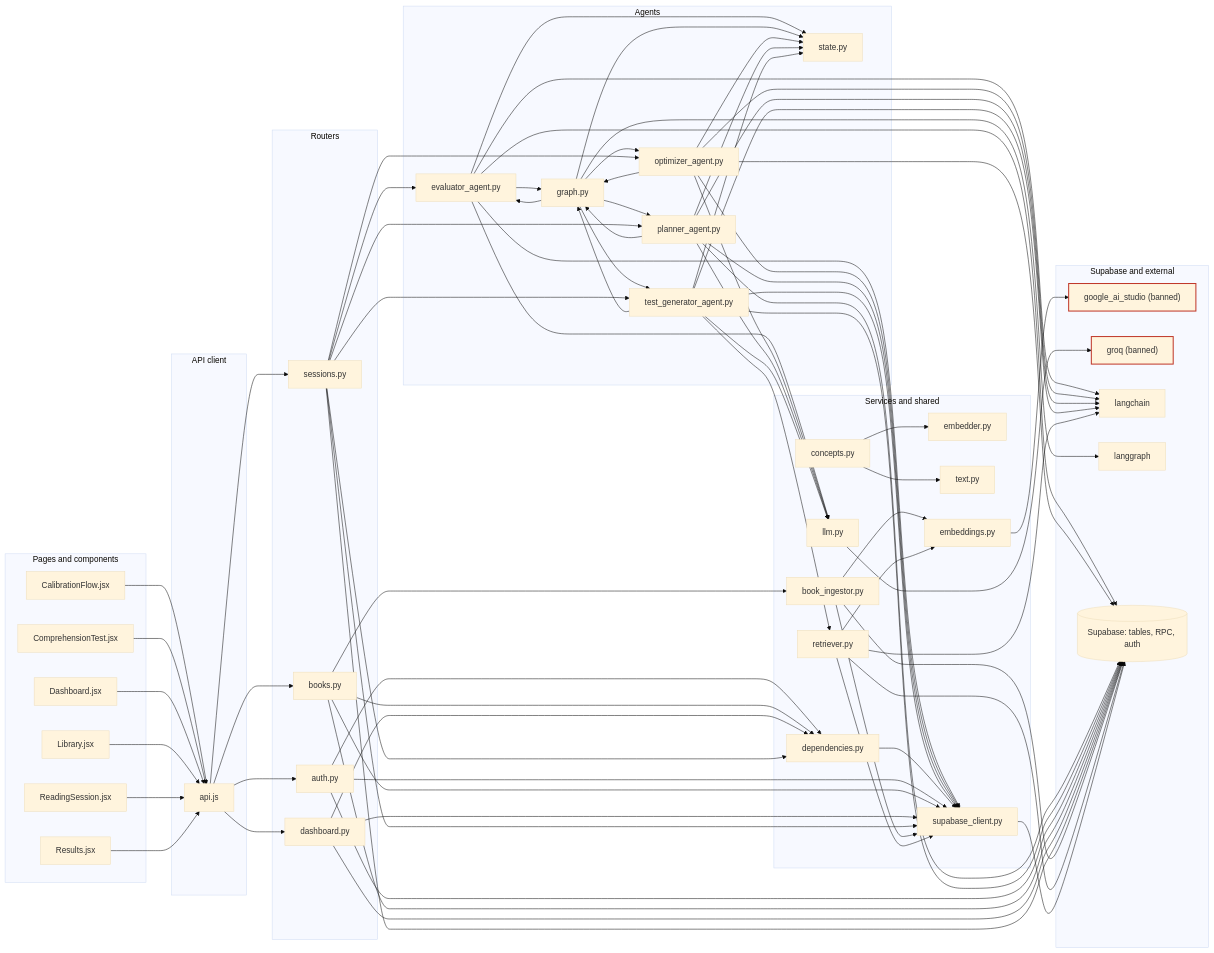
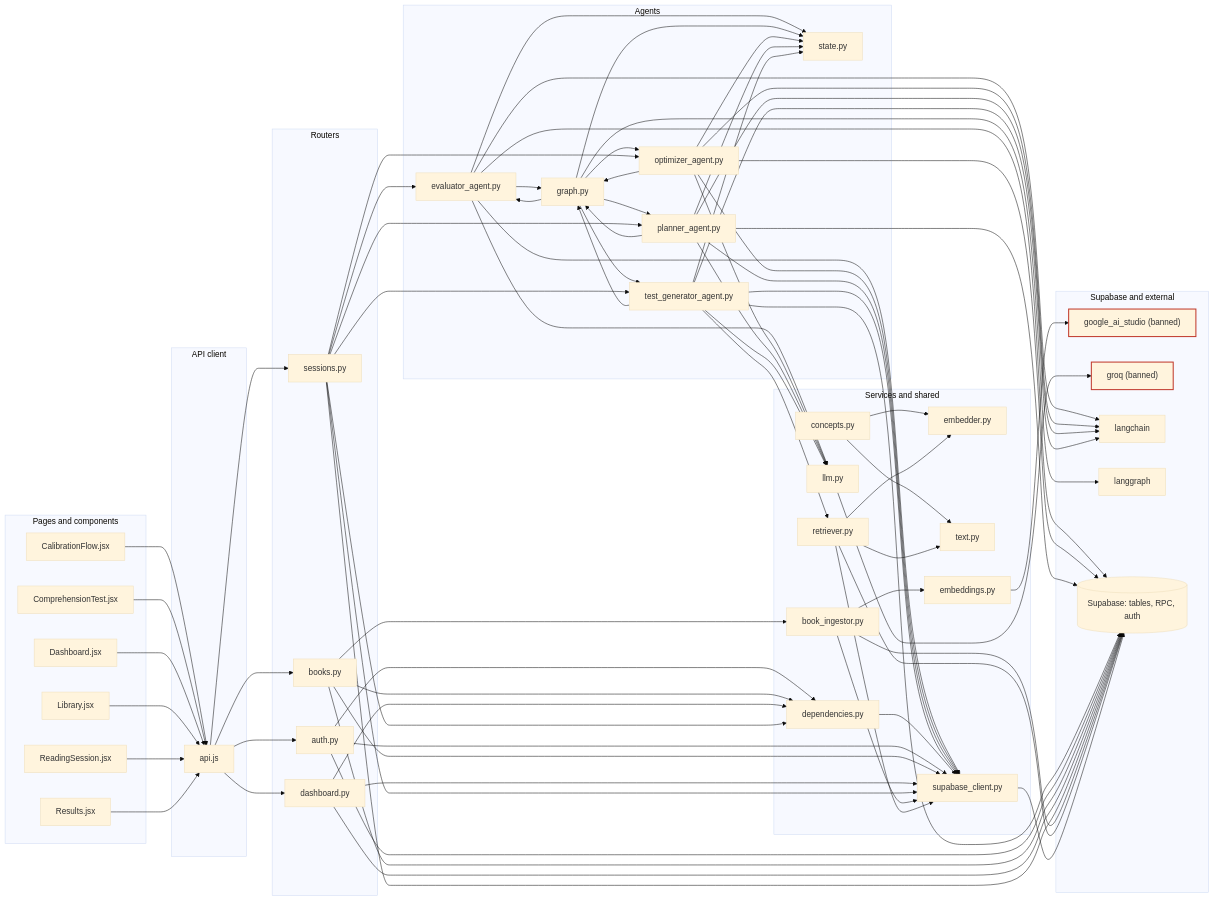
The first of 2 diagrams in docs/repo-graph/REPO_MAP.md (asparagusD/readfocus), drawn with Mermaid (base theme) before and after one commit. The commit also changed other lines of this file and 11 other files, not shown here.

First line of the commit message:
feat(nlp): hybrid vector and full-text retriever on local embeddings

```diff
--- a/docs/repo-graph/REPO_MAP.md
+++ b/docs/repo-graph/REPO_MAP.md
@@ -111,8 +111,8 @@
   file_backend_services_book_ingestor_py --> supabase
   file_backend_services_embeddings_py --> external_google_ai_studio
   file_backend_services_llm_py --> external_groq
-  file_backend_services_retriever_py --> external_langchain
-  file_backend_services_retriever_py --> file_backend_services_embeddings_py
+  file_backend_services_retriever_py --> file_backend_nlp_embedder_py
+  file_backend_services_retriever_py --> file_backend_nlp_text_py
   file_backend_services_retriever_py --> file_backend_services_supabase_client_py
   file_backend_services_retriever_py --> supabase
   file_backend_services_supabase_client_py --> supabase
```
